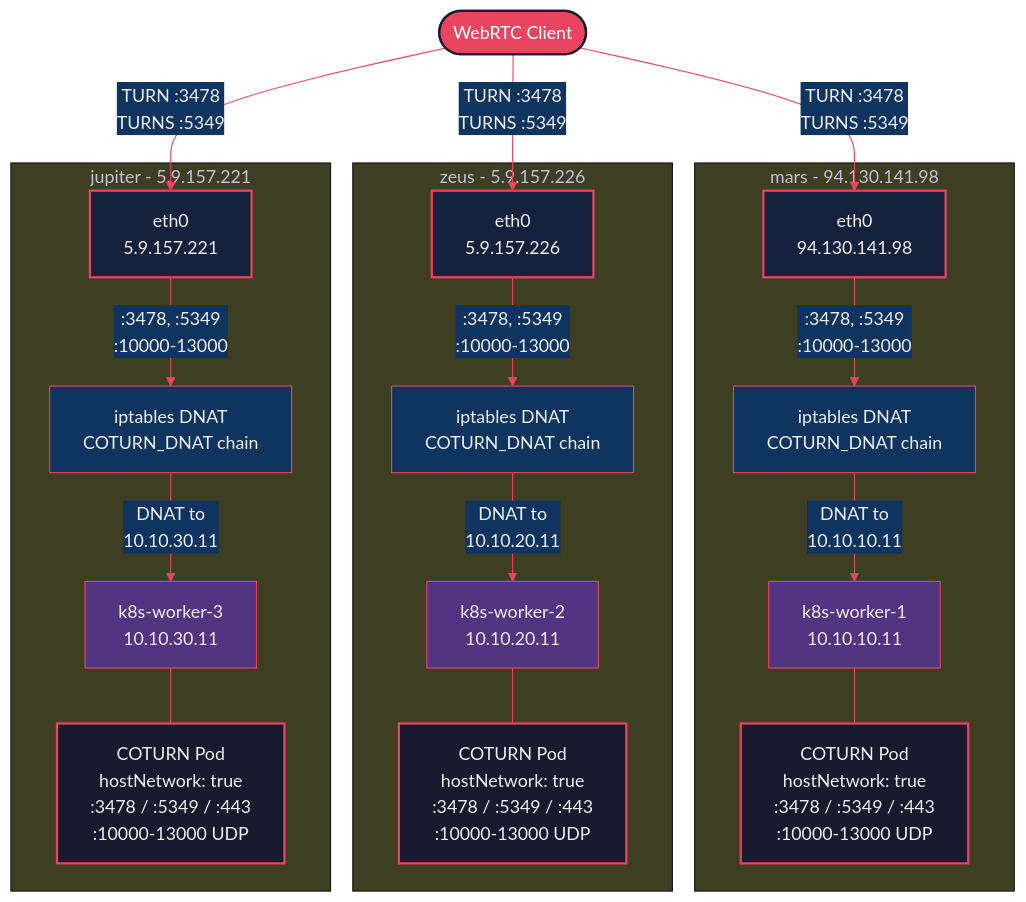
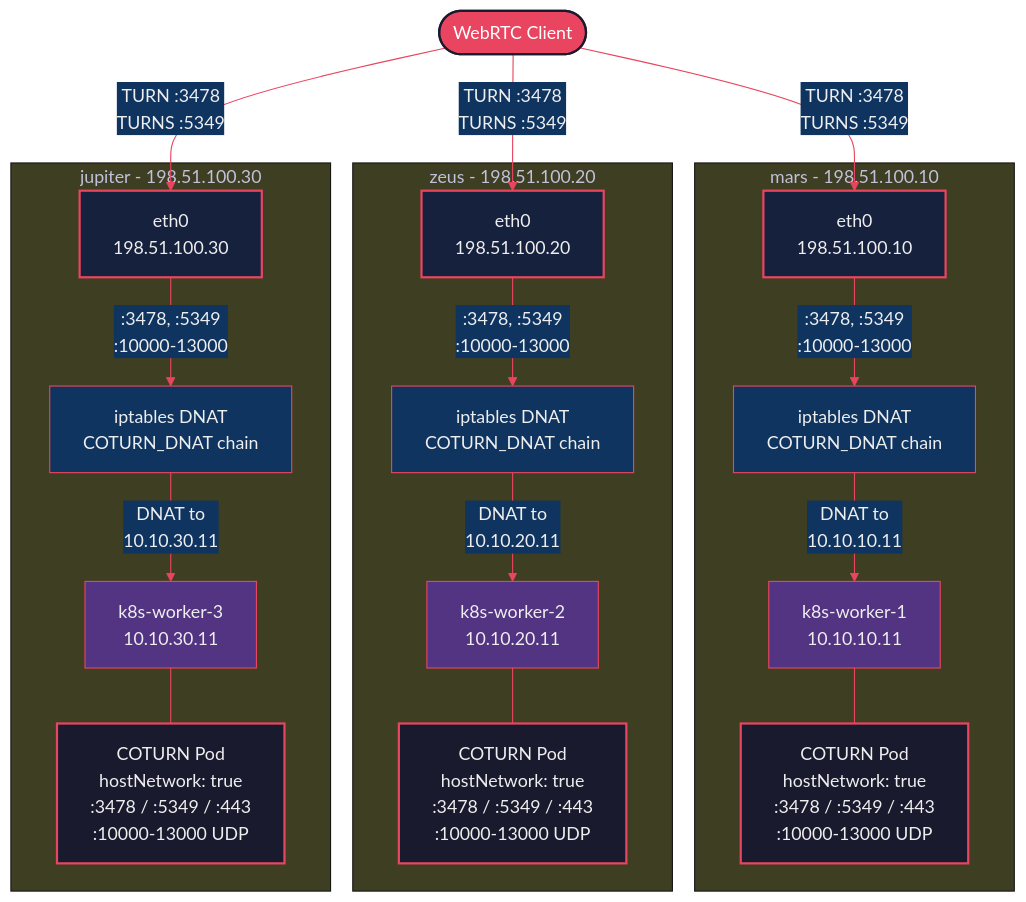
Before and after one commit to gjovanov/k8s-cluster-multi: the fifth of 7 diagrams in docs/blog-post.md, drawn with Mermaid. The commit also changed other lines of this file and 24 other files, not shown here.

````diff
--- a/docs/blog-post.md
+++ b/docs/blog-post.md
@@ -333,54 +333,54 @@
 ```mermaid
 %%{init: {'theme': 'base', 'themeVariables': {'primaryColor': '#1a1a2e', 'primaryTextColor': '#eee', 'lineColor': '#e94560', 'secondaryColor': '#0f3460'}}}%%
 graph TB
     CLIENT([WebRTC Client])
 
-    subgraph MARS_FLOW["mars - 94.130.141.98"]
-        MARS_IFACE["eth0<br/>94.130.141.98"]
+    subgraph MARS_FLOW["mars - 198.51.100.10"]
+        MARS_IFACE["eth0<br/>198.51.100.10"]
         MARS_IPT["iptables DNAT<br/>COTURN_DNAT chain"]
         MARS_W["k8s-worker-1<br/>10.10.10.11"]
         MARS_COTURN["COTURN Pod<br/>hostNetwork: true<br/>:3478 / :5349 / :443<br/>:10000-13000 UDP"]
 
         MARS_IFACE -->|":3478, :5349<br/>:10000-13000"| MARS_IPT
         MARS_IPT -->|"DNAT to<br/>10.10.10.11"| MARS_W
         MARS_W --- MARS_COTURN
     end
 
-    subgraph ZEUS_FLOW["zeus - 5.9.157.226"]
-        ZEUS_IFACE["eth0<br/>5.9.157.226"]
+    subgraph ZEUS_FLOW["zeus - 198.51.100.20"]
+        ZEUS_IFACE["eth0<br/>198.51.100.20"]
         ZEUS_IPT["iptables DNAT<br/>COTURN_DNAT chain"]
         ZEUS_W["k8s-worker-2<br/>10.10.20.11"]
         ZEUS_COTURN["COTURN Pod<br/>hostNetwork: true<br/>:3478 / :5349 / :443<br/>:10000-13000 UDP"]
 
         ZEUS_IFACE -->|":3478, :5349<br/>:10000-13000"| ZEUS_IPT
         ZEUS_IPT -->|"DNAT to<br/>10.10.20.11"| ZEUS_W
         ZEUS_W --- ZEUS_COTURN
     end
 
-    subgraph JUPITER_FLOW["jupiter - 5.9.157.221"]
-        JUPITER_IFACE["eth0<br/>5.9.157.221"]
+    subgraph JUPITER_FLOW["jupiter - 198.51.100.30"]
+        JUPITER_IFACE["eth0<br/>198.51.100.30"]
         JUPITER_IPT["iptables DNAT<br/>COTURN_DNAT chain"]
         JUPITER_W["k8s-worker-3<br/>10.10.30.11"]
         JUPITER_COTURN["COTURN Pod<br/>hostNetwork: true<br/>:3478 / :5349 / :443<br/>:10000-13000 UDP"]
 
         JUPITER_IFACE -->|":3478, :5349<br/>:10000-13000"| JUPITER_IPT
         JUPITER_IPT -->|"DNAT to<br/>10.10.30.11"| JUPITER_W
         JUPITER_W --- JUPITER_COTURN
     end
 
     CLIENT -->|"TURN :3478<br/>TURNS :5349"| MARS_IFACE
     CLIENT -->|"TURN :3478<br/>TURNS :5349"| ZEUS_IFACE
     CLIENT -->|"TURN :3478<br/>TURNS :5349"| JUPITER_IFACE
 
     classDef clientStyle fill:#e94560,stroke:#1a1a2e,stroke-width:2px,color:#fff
     classDef ifaceStyle fill:#16213e,stroke:#e94560,stroke-width:2px,color:#eee
     classDef iptStyle fill:#0f3460,stroke:#e94560,stroke-width:1px,color:#eee
     classDef workerStyle fill:#533483,stroke:#e94560,stroke-width:1px,color:#eee
     classDef coturnStyle fill:#1a1a2e,stroke:#e94560,stroke-width:2px,color:#eee
 
     class CLIENT clientStyle
     class MARS_IFACE,ZEUS_IFACE,JUPITER_IFACE ifaceStyle
     class MARS_IPT,ZEUS_IPT,JUPITER_IPT iptStyle
     class MARS_W,ZEUS_W,JUPITER_W workerStyle
     class MARS_COTURN,ZEUS_COTURN,JUPITER_COTURN coturnStyle
 ```
````
